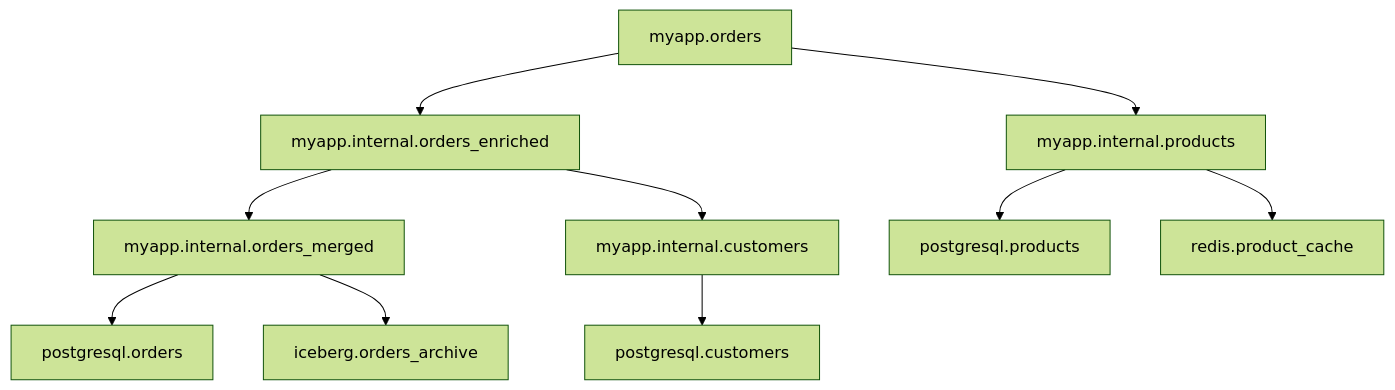
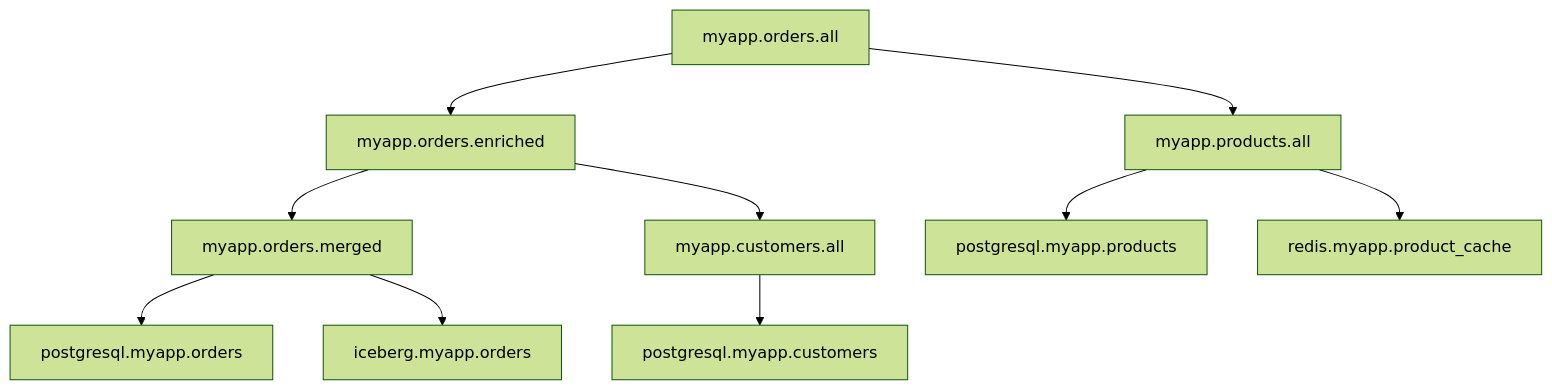
The fourth of 9 diagrams in README.md (robfromboulder/virtual-view-manifesto), drawn with Mermaid (forest theme) before and after one commit. The commit also changed other lines of this file and 2 other files, not shown here.

Commit message:
Improve examples and diagrams

````diff
--- a/README.md
+++ b/README.md
@@ -583,12 +582,12 @@
 ```mermaid
 flowchart TD
-    myapp.orders --> myapp.internal.orders_enriched
-    myapp.orders --> myapp.internal.products
-    myapp.internal.orders_enriched --> myapp.internal.orders_merged
-    myapp.internal.orders_enriched --> myapp.internal.customers
-    myapp.internal.orders_merged --> postgresql.orders
-    myapp.internal.orders_merged --> iceberg.orders_archive
-    myapp.internal.customers --> postgresql.customers
-    myapp.internal.products --> postgresql.products
-    myapp.internal.products --> redis.product_cache
+    myapp.orders.all --> myapp.orders.enriched
+    myapp.orders.all --> myapp.products.all
+    myapp.orders.enriched --> myapp.orders.merged
+    myapp.orders.enriched --> myapp.customers.all
+    myapp.orders.merged --> postgresql.myapp.orders
+    myapp.orders.merged --> iceberg.myapp.orders
+    myapp.customers.all --> postgresql.myapp.customers
+    myapp.products.all --> postgresql.myapp.products
+    myapp.products.all --> redis.myapp.product_cache
 ```
````
